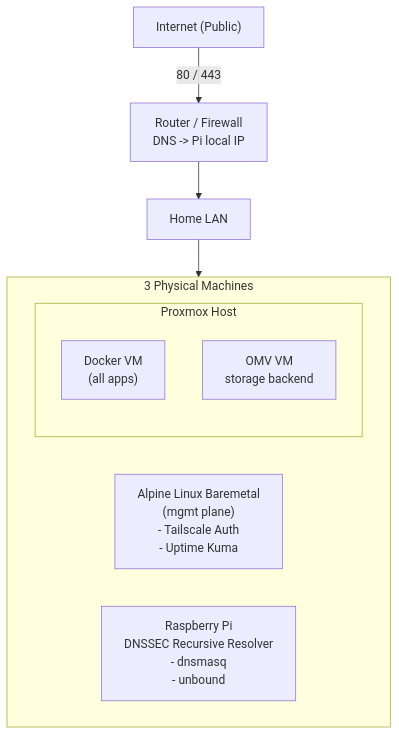
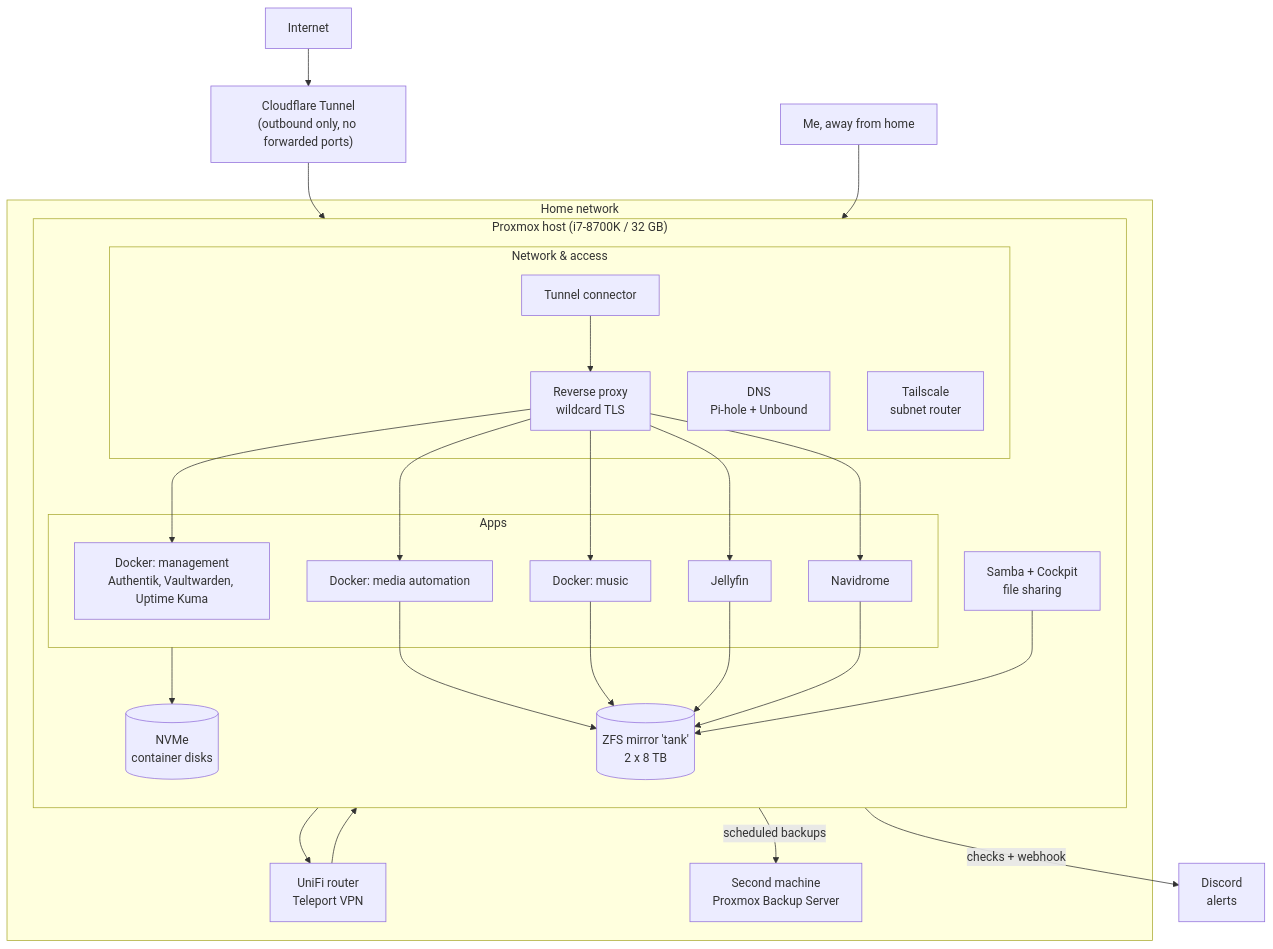
The diagram in home-lab.md (JoaoGuedes01/JoaoGuedes01), drawn with Mermaid before and after one commit. The commit also changed other lines of this file and 3 other files, not shown here.

````diff
--- a/home-lab.md
+++ b/home-lab.md
@@ -18,21 +34,43 @@
 ```mermaid
 flowchart TB
+    internet["Internet"]
+    cf["Cloudflare Tunnel<br/>(outbound only, no forwarded ports)"]
+    me["Me, away from home"]
 
-    internet["Internet (Public)"]
-    router["Router / Firewall<br/>DNS -> Pi local IP"]
-    lan["Home LAN"]
+    subgraph home["Home network"]
+        router["UniFi router<br/>Teleport VPN"]
 
-    subgraph physical["3 Physical Machines"]
-        subgraph proxmox["Proxmox Host"]
-            dockerVM["Docker VM<br/>(all apps)"]
-            omvVM["OMV VM<br/>storage backend"]
+        subgraph pve["Proxmox host (i7-8700K / 32 GB)"]
+            direction TB
+            subgraph net["Network & access"]
+                dns["DNS<br/>Pi-hole + Unbound"]
+                proxy["Reverse proxy<br/>wildcard TLS"]
+                ts["Tailscale<br/>subnet router"]
+                tunnel["Tunnel connector"]
+            end
+            subgraph apps["Apps"]
+                mgmt["Docker: management<br/>Authentik, Vaultwarden, Uptime Kuma"]
+                media["Docker: media automation"]
+                music["Docker: music"]
+                jelly["Jellyfin"]
+                navi["Navidrome"]
+            end
+            samba["Samba + Cockpit<br/>file sharing"]
+            zfs[("ZFS mirror 'tank'<br/>2 x 8 TB")]
+            nvme[("NVMe<br/>container disks")]
         end
 
-        alpine["Alpine Linux Baremetal<br/>(mgmt plane)<br/>- Tailscale Auth<br/>- Uptime Kuma"]
-
-        pi["Raspberry Pi<br/>DNSSEC Recursive Resolver<br/>- dnsmasq<br/>- unbound"]
+        pbs["Second machine<br/>Proxmox Backup Server"]
     end
 
-    internet -->|"80 / 443"| router --> lan
-    lan --> physical
+    discord["Discord<br/>alerts"]
+
+    internet --> cf --> tunnel --> proxy
+    me --> ts --> router
+    router --> dns
+    proxy --> mgmt & media & music & jelly & navi
+    media & music & jelly & navi & samba --> zfs
+    apps --> nvme
+    pve -->|"scheduled backups"| pbs
+    mgmt -->|"checks + webhook"| discord
 ```
````
